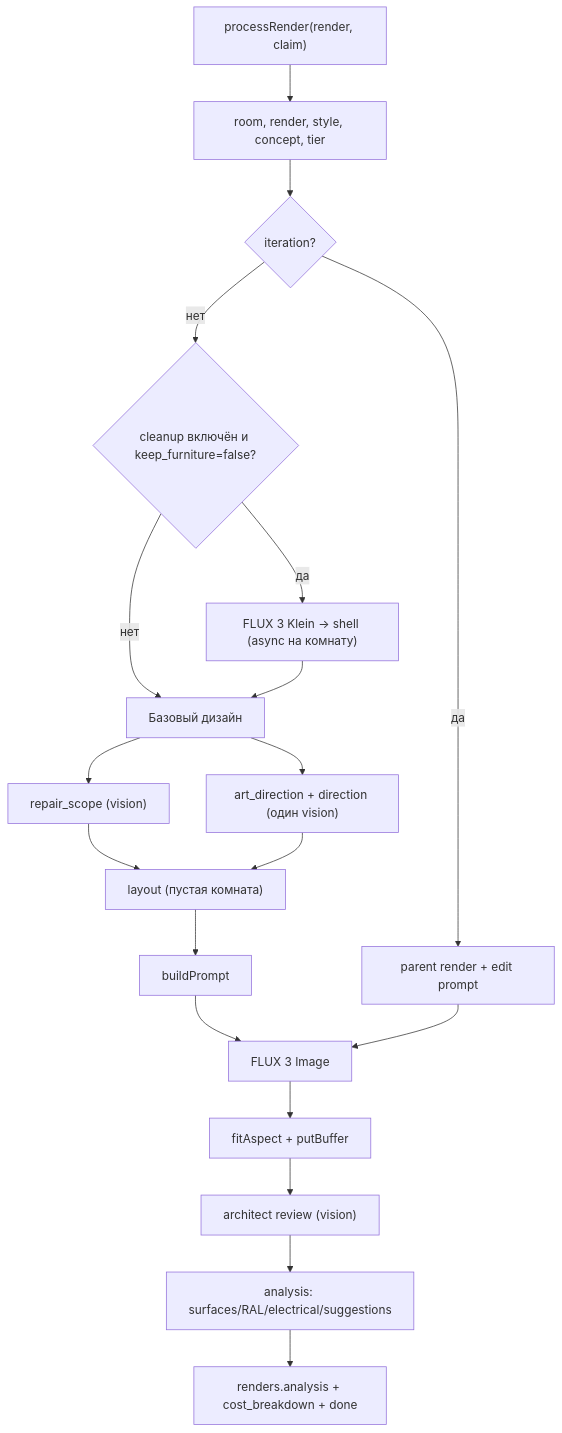
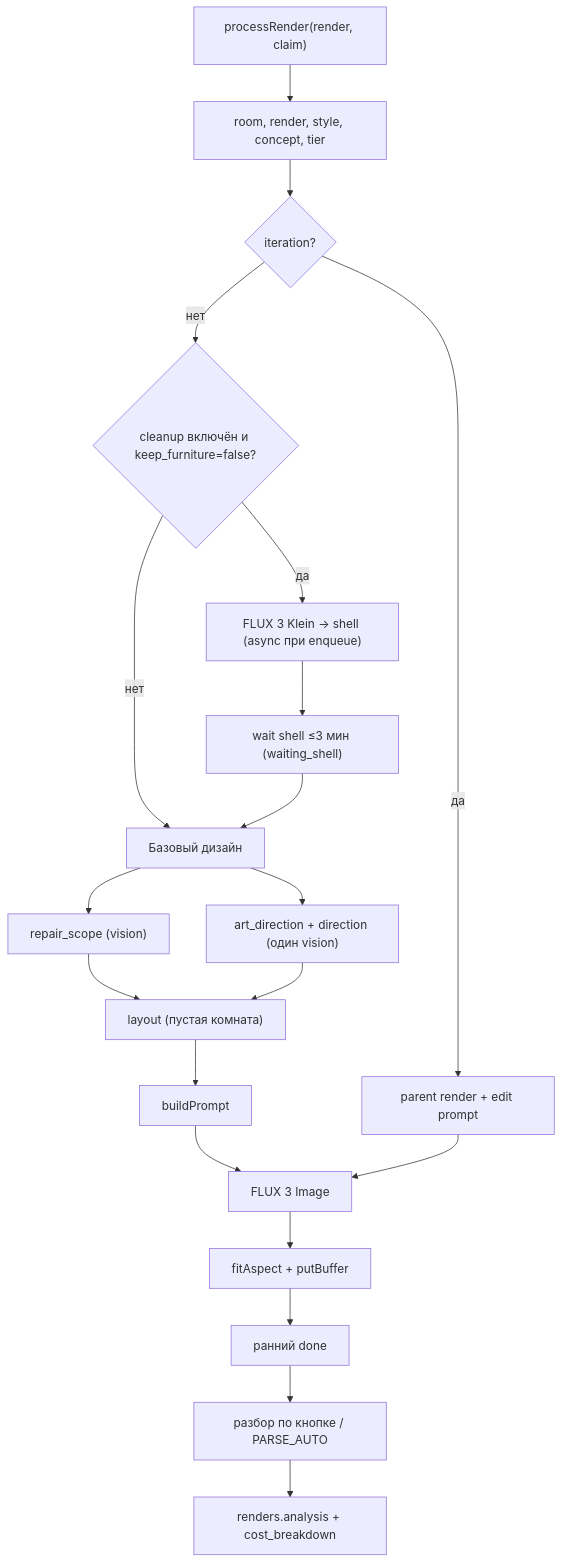
The second of 2 diagrams in docs/GENERATION-FLOW.md (oblacko/remontvision), drawn with Mermaid before and after one commit. The commit also changed other lines of this file and 17 other files, not shown here.

````diff
--- a/docs/GENERATION-FLOW.md
+++ b/docs/GENERATION-FLOW.md
@@ -21,21 +21,22 @@
 ```mermaid
 flowchart TD
   START["processRender(render, claim)"] --> LOAD["room, render, style, concept, tier"]
   LOAD --> MODE{"iteration?"}
   MODE -->|"да"| EDIT["parent render + edit prompt"]
   MODE -->|"нет"| CLEAN{"cleanup включён и keep_furniture=false?"}
-  CLEAN -->|"да"| SHELL["FLUX 3 Klein → shell (async на комнату)"]
+  CLEAN -->|"да"| SHELL["FLUX 3 Klein → shell (async при enqueue)"]
   CLEAN -->|"нет"| BASE["Базовый дизайн"]
-  SHELL --> BASE
+  SHELL --> WAIT["wait shell ≤3 мин (waiting_shell)"]
+  WAIT --> BASE
   BASE --> RS["repair_scope (vision)"]
   BASE --> AD["art_direction + direction (один vision)"]
   RS --> LAY["layout (пустая комната)"]
   AD --> LAY
   LAY --> PROMPT["buildPrompt"]
   PROMPT --> DESIGN["FLUX 3 Image"]
   DESIGN --> STORE["fitAspect + putBuffer"]
-  STORE --> REVIEW["architect review (vision)"]
-  REVIEW --> ANALYZE["analysis: surfaces/RAL/electrical/suggestions"]
-  ANALYZE --> SAVE["renders.analysis + cost_breakdown + done"]
+  STORE --> DONE["ранний done"]
+  DONE --> ANALYZE["разбор по кнопке / PARSE_AUTO"]
+  ANALYZE --> SAVE["renders.analysis + cost_breakdown"]
   EDIT --> DESIGN
 ```
````
